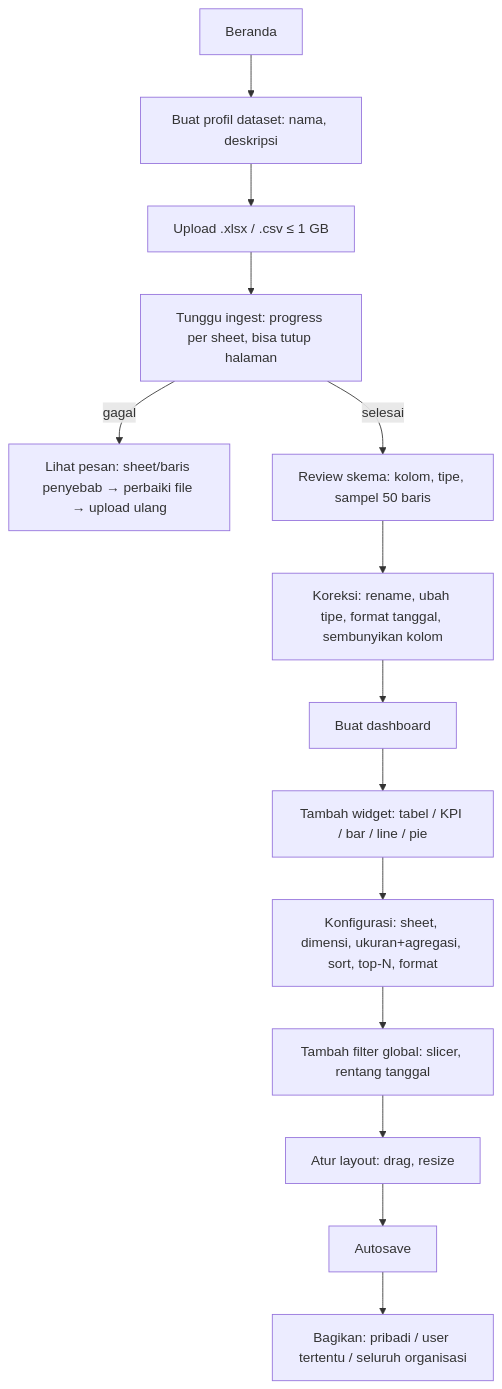
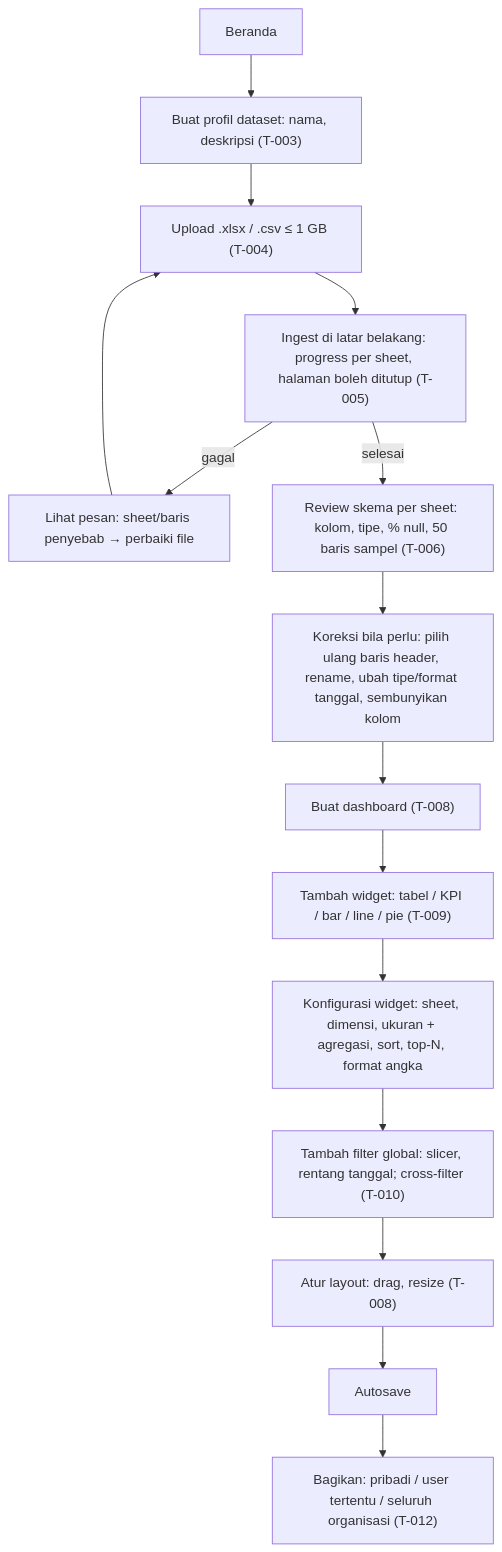
One commit to anas-fikri/data-dashboard changed the second of 9 diagrams in docs/flow-kerja.md. Above: the diagram before and after it, drawn with Mermaid. The commit also changed other lines of this file and 10 other files, not shown here.

Commit message:
docs: revisi 2 flow kerja — koreksi refresh, validasi CSV, raw+typed Parquet, cache per versi; tambah T-018 admin pengguna

````diff
--- a/docs/flow-kerja.md
+++ b/docs/flow-kerja.md
@@ -19,15 +36,16 @@
 ```mermaid
 flowchart TD
-  H[Beranda] --> P[Buat profil dataset: nama, deskripsi]
-  P --> U[Upload .xlsx / .csv ≤ 1 GB]
-  U --> W[Tunggu ingest: progress per sheet, bisa tutup halaman]
-  W -->|gagal| F[Lihat pesan: sheet/baris penyebab → perbaiki file → upload ulang]
-  W -->|selesai| S[Review skema: kolom, tipe, sampel 50 baris]
-  S --> S2[Koreksi: rename, ubah tipe, format tanggal, sembunyikan kolom]
-  S2 --> D[Buat dashboard]
-  D --> WG[Tambah widget: tabel / KPI / bar / line / pie]
-  WG --> C[Konfigurasi: sheet, dimensi, ukuran+agregasi, sort, top-N, format]
-  C --> FL[Tambah filter global: slicer, rentang tanggal]
-  FL --> LY[Atur layout: drag, resize]
-  LY --> SV[Autosave] --> SH[Bagikan: pribadi / user tertentu / seluruh organisasi]
+  H["Beranda"] --> P["Buat profil dataset: nama, deskripsi (T-003)"]
+  P --> U["Upload .xlsx / .csv ≤ 1 GB (T-004)"]
+  U --> W["Ingest di latar belakang: progress per sheet, halaman boleh ditutup (T-005)"]
+  W -->|gagal| F["Lihat pesan: sheet/baris penyebab → perbaiki file"]
+  F --> U
+  W -->|selesai| S["Review skema per sheet: kolom, tipe, % null, 50 baris sampel (T-006)"]
+  S --> S2["Koreksi bila perlu: pilih ulang baris header, rename, ubah tipe/format tanggal, sembunyikan kolom"]
+  S2 --> D["Buat dashboard (T-008)"]
+  D --> WG["Tambah widget: tabel / KPI / bar / line / pie (T-009)"]
+  WG --> C["Konfigurasi widget: sheet, dimensi, ukuran + agregasi, sort, top-N, format angka"]
+  C --> FL["Tambah filter global: slicer, rentang tanggal; cross-filter (T-010)"]
+  FL --> LY["Atur layout: drag, resize (T-008)"]
+  LY --> SV["Autosave"] --> SH["Bagikan: pribadi / user tertentu / seluruh organisasi (T-012)"]
 ```
````
